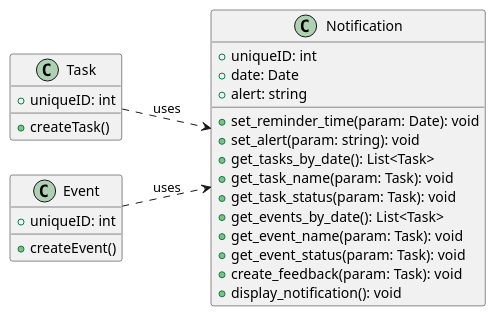
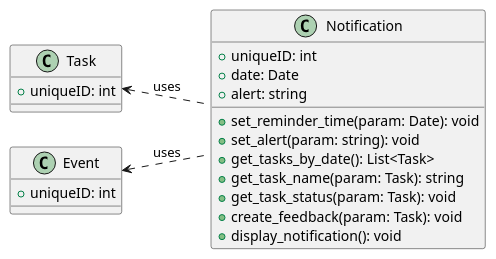
One commit to CS361-2024Fall-Term/Innovators changed the diagram in assignment6/notification.puml. Above: the diagram before and after it, drawn with PlantUML. The commit also changed 3 other files, not shown here.

```diff
--- a/assignment6/notification.puml
+++ b/assignment6/notification.puml
@@ -1,41 +1,31 @@
 @startuml
 
 left to right direction
-
 
 class Notification {
   +uniqueID: int  
   +date: Date
   +alert: string
   
   +set_reminder_time(param: Date): void
   +set_alert(param: string): void
   +get_tasks_by_date(): List<Task>
-  +get_task_name(param: Task): void
+  +get_task_name(param: Task): string
   +get_task_status(param: Task): void
-  +get_events_by_date(): List<Task>
-  +get_event_name(param: Task): void
-  +get_event_status(param: Task): void
   +create_feedback(param: Task): void
   +display_notification(): void
 }
 
 
 class Task {
   +uniqueID: int
-  +createTask()
 }
-
 
 class Event {
   +uniqueID: int
-  +createEvent()
 }
 
-
-Task ..> Notification: uses
-Event ..> Notification: uses
-
-
+Task <.. Notification: uses
+Event <.. Notification: uses
 
 @enduml
```
